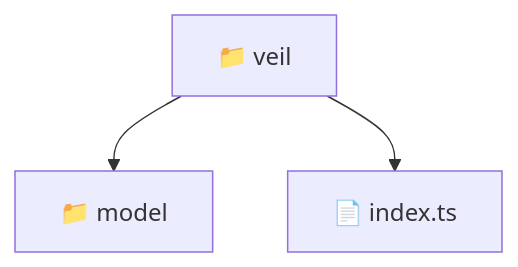
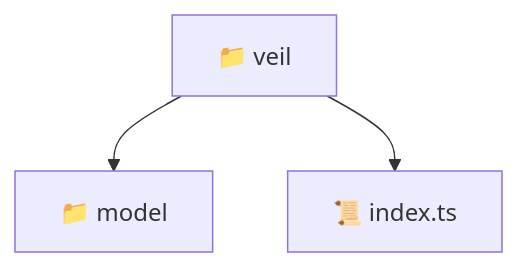
Before and after one commit to beginwebdev2002/fullstack-mavluda: the diagram in frontend/src/features/veil/README.md, drawn with Mermaid. The commit also changed other lines of this file and 163 other files, not shown here.

````diff
--- a/frontend/src/features/veil/README.md
+++ b/frontend/src/features/veil/README.md
@@ -11,6 +11,6 @@
 ```mermaid
 graph TD
-  Root["📁 veil"]
-  Root --> model["📁 model"]
-  Root --> index_ts["📄 index.ts"]
+  veil["📁 veil"]
+  veil --> model["📁 model"]
+  veil --> index_ts["📜 index.ts"]
 ```
````
